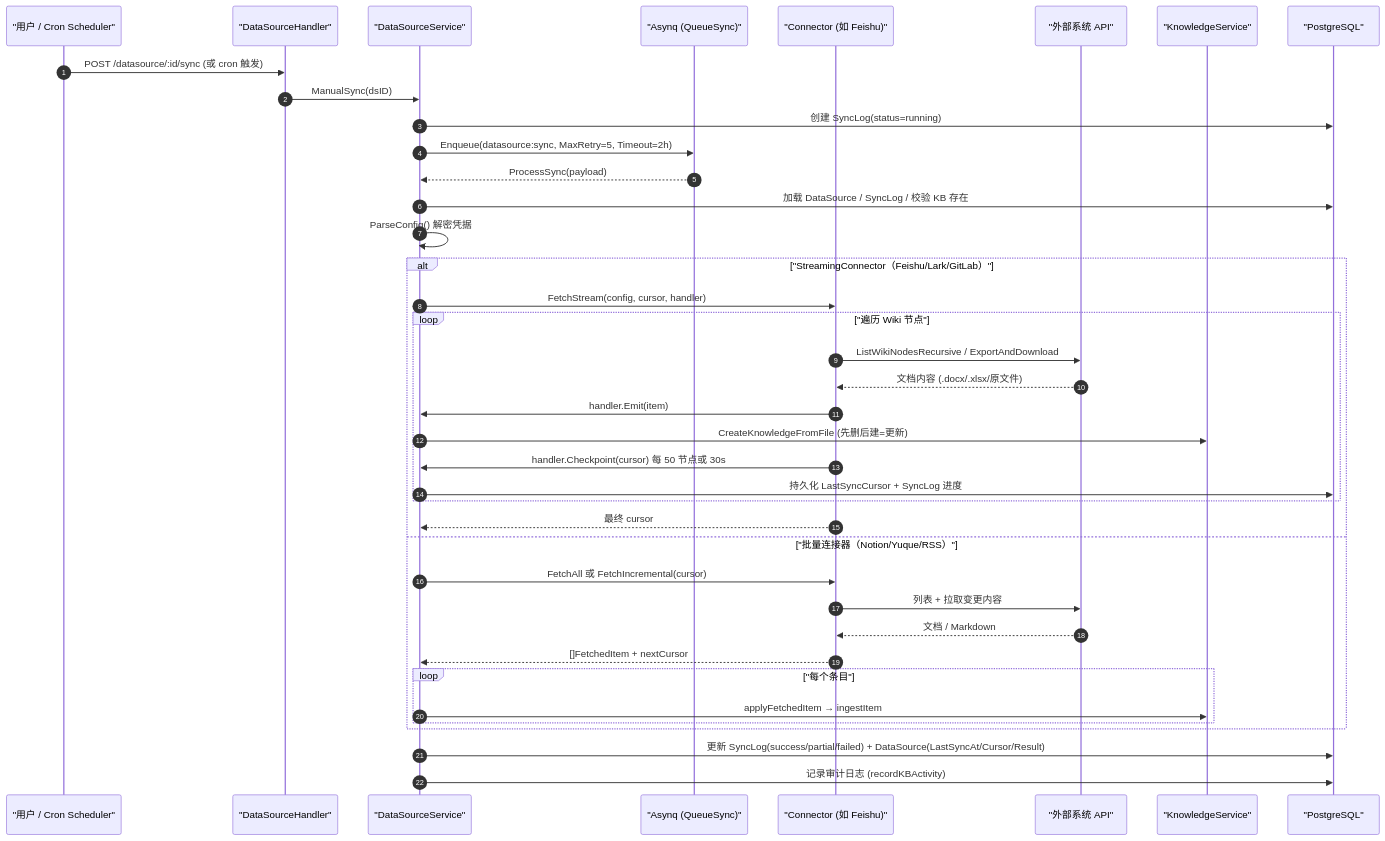
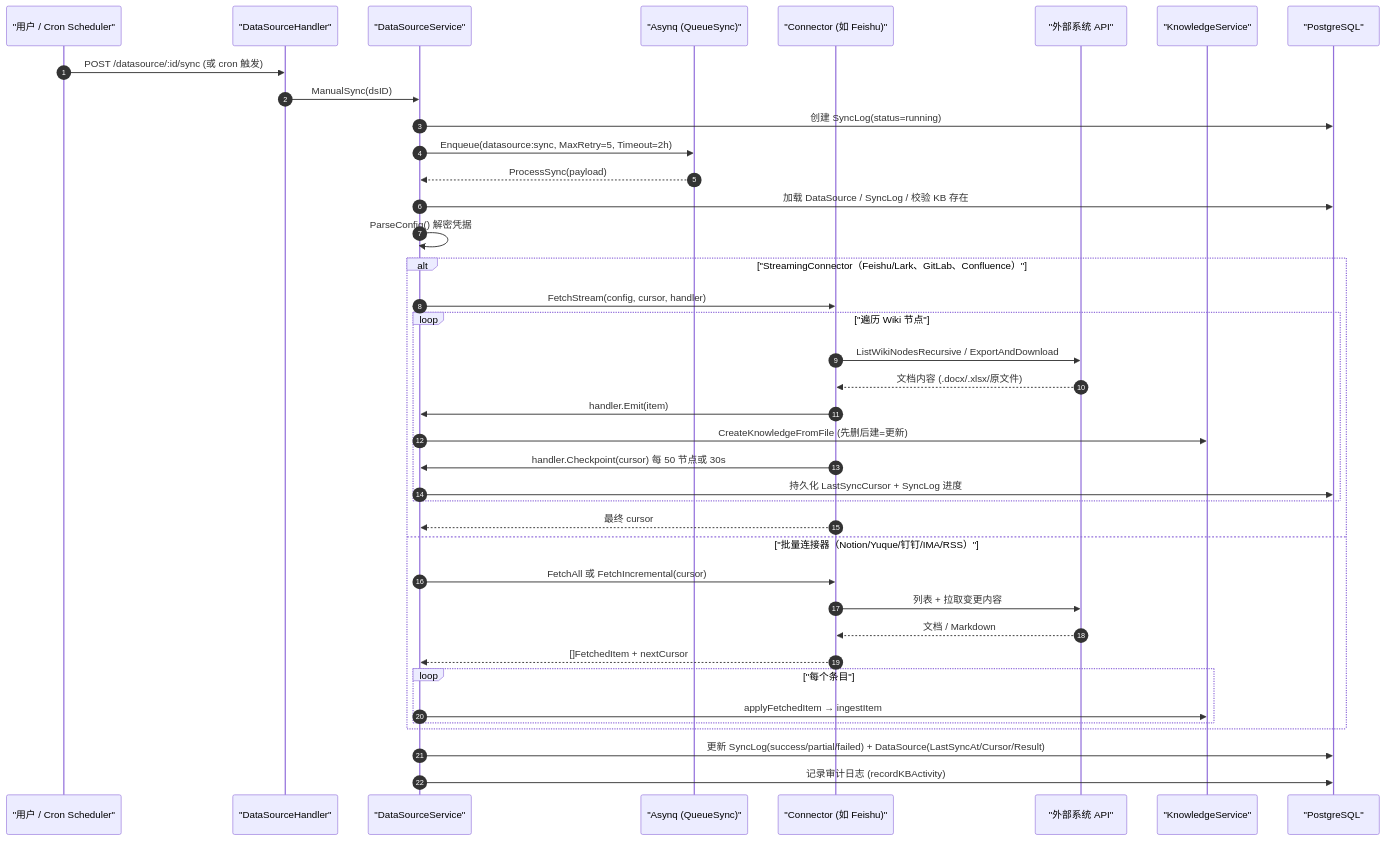
Before and after one commit to michadel/WeKnora: the second of 2 diagrams in website-docs/03-features/10-datasource.md, drawn with Mermaid. The commit also changed other lines of this file and 125 other files, not shown here.

````diff
--- a/website-docs/03-features/10-datasource.md
+++ b/website-docs/03-features/10-datasource.md
@@ -193,42 +234,42 @@
 ```mermaid
 sequenceDiagram
     autonumber
     participant U as "用户 / Cron Scheduler"
     participant H as "DataSourceHandler"
     participant S as "DataSourceService"
     participant Q as "Asynq (QueueSync)"
     participant C as "Connector (如 Feishu)"
     participant EXT as "外部系统 API"
     participant K as "KnowledgeService"
     participant DB as "PostgreSQL"
 
     U->>H: POST /datasource/:id/sync (或 cron 触发)
     H->>S: ManualSync(dsID)
     S->>DB: 创建 SyncLog(status=running)
     S->>Q: Enqueue(datasource:sync, MaxRetry=5, Timeout=2h)
     Q-->>S: ProcessSync(payload)
     S->>DB: 加载 DataSource / SyncLog / 校验 KB 存在
     S->>S: ParseConfig() 解密凭据
-    alt "StreamingConnector（Feishu/Lark/GitLab）"
+    alt "StreamingConnector（Feishu/Lark、GitLab、Confluence）"
         S->>C: FetchStream(config, cursor, handler)
         loop "遍历 Wiki 节点"
             C->>EXT: ListWikiNodesRecursive / ExportAndDownload
             EXT-->>C: 文档内容 (.docx/.xlsx/原文件)
             C->>S: handler.Emit(item)
             S->>K: CreateKnowledgeFromFile (先删后建=更新)
             C->>S: handler.Checkpoint(cursor) 每 50 节点或 30s
             S->>DB: 持久化 LastSyncCursor + SyncLog 进度
         end
         C-->>S: 最终 cursor
-    else "批量连接器（Notion/Yuque/RSS）"
+    else "批量连接器（Notion/Yuque/钉钉/IMA/RSS）"
         S->>C: FetchAll 或 FetchIncremental(cursor)
         C->>EXT: 列表 + 拉取变更内容
         EXT-->>C: 文档 / Markdown
         C-->>S: []FetchedItem + nextCursor
         loop "每个条目"
             S->>K: applyFetchedItem → ingestItem
         end
     end
     S->>DB: 更新 SyncLog(success/partial/failed) + DataSource(LastSyncAt/Cursor/Result)
     S->>DB: 记录审计日志 (recordKBActivity)
 ```
````
